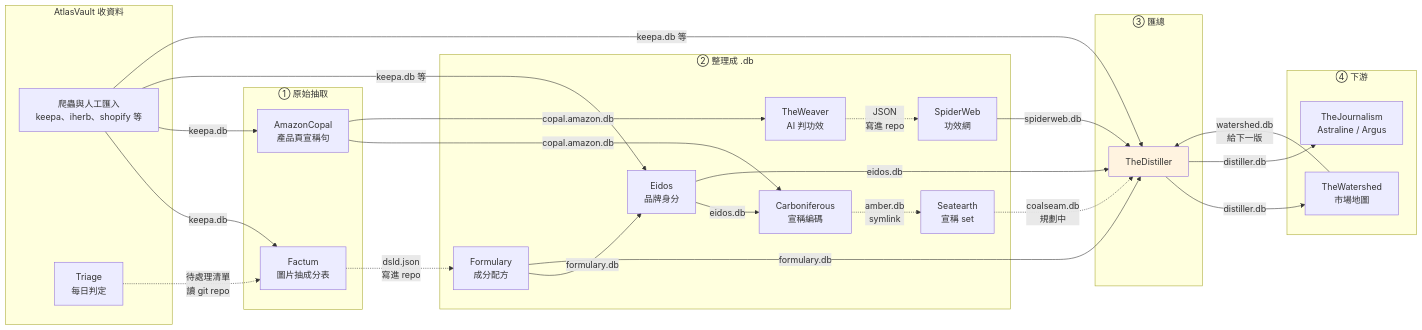
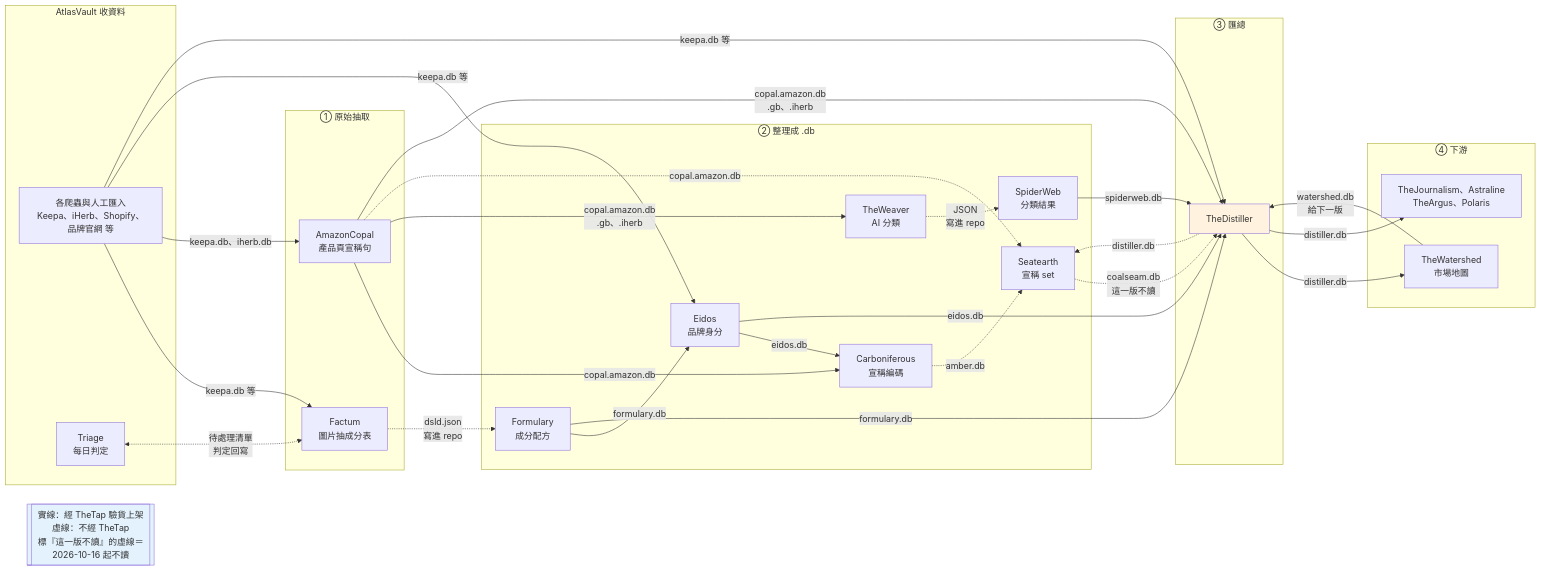
Before and after one commit to mapleelpam/LuminNexus-LearningMap: the diagram in projects/alchemymind/00_overview.md, drawn with Mermaid. The commit also changed other lines of this file and 18 other files, not shown here.

````diff
--- a/projects/alchemymind/00_overview.md
+++ b/projects/alchemymind/00_overview.md
@@ -51,48 +77,53 @@
 ```mermaid
 graph LR
+    LEG[["實線：經 TheTap 驗貨上架<br/>虛線：不經 TheTap<br/>標『這一版不讀』的虛線＝2026-10-16 起不讀"]]
     subgraph S0[AtlasVault 收資料]
-        AV[爬蟲與人工匯入<br/>keepa、iherb、shopify 等]
+        AV[各爬蟲與人工匯入<br/>Keepa、iHerb、Shopify、品牌官網 等]
         TR[Triage<br/>每日判定]
     end
     subgraph S1[① 原始抽取]
         FA[Factum<br/>圖片抽成分表]
         CO[AmazonCopal<br/>產品頁宣稱句]
     end
     subgraph S2[② 整理成 .db]
         FO[Formulary<br/>成分配方]
         EI[Eidos<br/>品牌身分]
-        WE[TheWeaver<br/>AI 判功效]
-        SW[SpiderWeb<br/>功效網]
+        WE[TheWeaver<br/>AI 分類]
+        SW[SpiderWeb<br/>分類結果]
         CA[Carboniferous<br/>宣稱編碼]
         SE[Seatearth<br/>宣稱 set]
     end
     subgraph S3[③ 匯總]
         DI[TheDistiller]
     end
     subgraph S4[④ 下游]
         WA[TheWatershed<br/>市場地圖]
-        DOWN[TheJournalism<br/>Astraline / Argus]
+        DOWN[TheJournalism、Astraline<br/>TheArgus、Polaris]
     end
 
-    AV -->|keepa.db| FA
-    AV -->|keepa.db| CO
-    TR -.->|待處理清單<br/>讀 git repo| FA
+    AV -->|keepa.db 等| FA
+    AV -->|keepa.db、iherb.db| CO
+    TR <-.->|待處理清單<br/>判定回寫| FA
     FA -.->|dsld.json<br/>寫進 repo| FO
     WE -.->|JSON<br/>寫進 repo| SW
     CO -->|copal.amazon.db| CA
-    CO -->|copal.amazon.db| WE
+    CO -->|copal.amazon.db<br/>.gb、.iherb| WE
+    CO -.->|copal.amazon.db| SE
     AV -->|keepa.db 等| EI
     FO -->|formulary.db| EI
     EI -->|eidos.db| CA
-    CA -.->|amber.db<br/>symlink| SE
+    CA -.->|amber.db| SE
     AV -->|keepa.db 等| DI
     FO -->|formulary.db| DI
     EI -->|eidos.db| DI
     SW -->|spiderweb.db| DI
-    SE -.->|coalseam.db<br/>規劃中| DI
+    CO -->|copal.amazon.db<br/>.gb、.iherb| DI
+    SE -.->|coalseam.db<br/>這一版不讀| DI
+    DI -.->|distiller.db| SE
     DI -->|distiller.db| WA
     WA -->|watershed.db<br/>給下一版| DI
     DI -->|distiller.db| DOWN
 
     style DI fill:#fff3e0
+    style LEG fill:#e3f2fd
 ```
````
